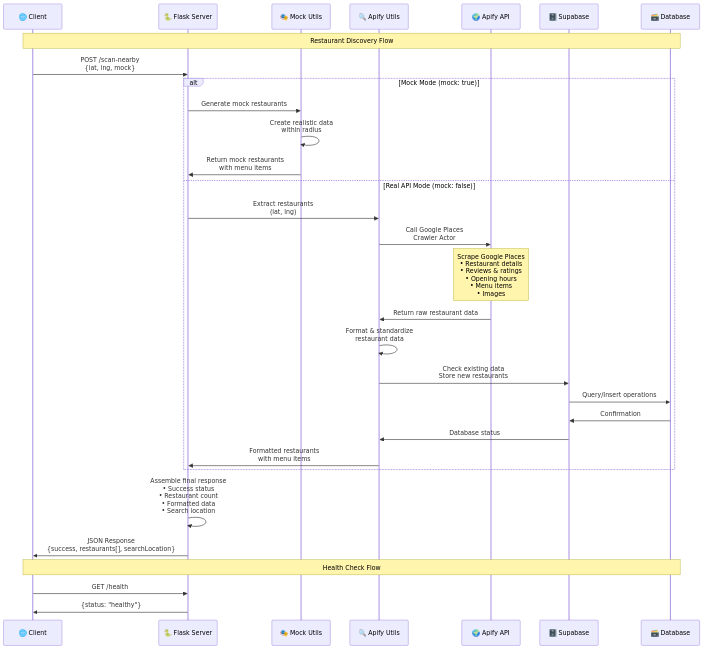
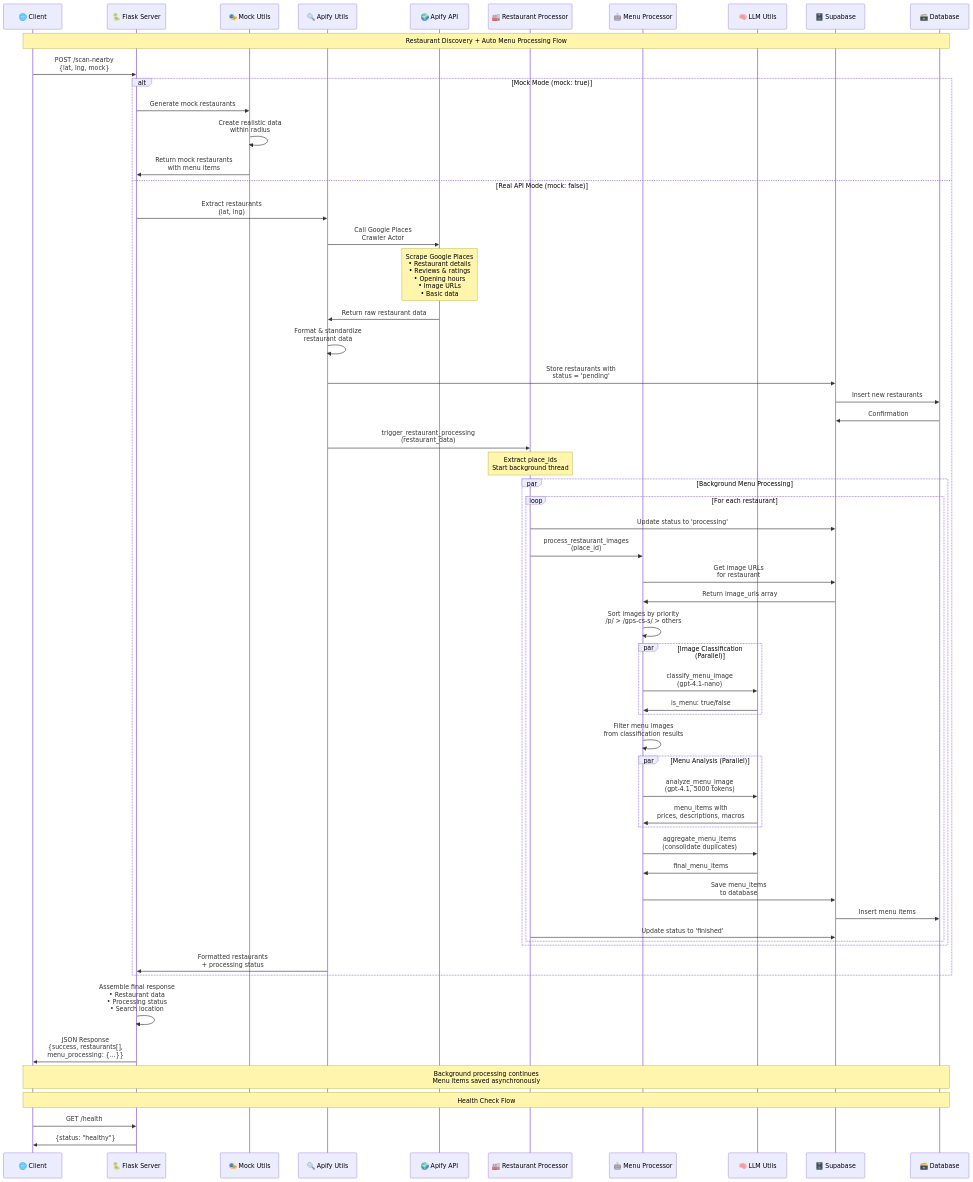
Before and after one commit to clsandoval/macromap: the second of 4 diagrams in macromaps-backend/README.md, drawn with Mermaid. The commit also changed other lines of this file and 5 other files, not shown here.

Commit message:
add restaurant processing task, update supabase tables and readme

````diff
--- a/macromaps-backend/README.md
+++ b/macromaps-backend/README.md
@@ -107,39 +126,79 @@
 ```mermaid
 sequenceDiagram
     participant C as 🌐 Client
     participant F as 🐍 Flask Server
     participant M as 🎭 Mock Utils
     participant A as 🔍 Apify Utils
     participant API as 🌍 Apify API
+    participant RP as 🏭 Restaurant Processor
+    participant MP as 🤖 Menu Processor
+    participant LLM as 🧠 LLM Utils
     participant S as 🗄️ Supabase
     participant DB as 🗃️ Database
     
-    Note over C,DB: Restaurant Discovery Flow
+    Note over C,DB: Restaurant Discovery + Auto Menu Processing Flow
     
     C->>F: POST /scan-nearby<br/>{lat, lng, mock}
     
     alt Mock Mode (mock: true)
         F->>M: Generate mock restaurants
         M->>M: Create realistic data<br/>within radius
         M->>F: Return mock restaurants<br/>with menu items
     else Real API Mode (mock: false)
         F->>A: Extract restaurants<br/>(lat, lng)
         A->>API: Call Google Places<br/>Crawler Actor
-        Note over API: Scrape Google Places<br/>• Restaurant details<br/>• Reviews & ratings<br/>• Opening hours<br/>• Menu items<br/>• Images
+        Note over API: Scrape Google Places<br/>• Restaurant details<br/>• Reviews & ratings<br/>• Opening hours<br/>• Image URLs<br/>• Basic data
         API->>A: Return raw restaurant data
         A->>A: Format & standardize<br/>restaurant data
-        A->>S: Check existing data<br/>Store new restaurants
-        S->>DB: Query/Insert operations
+        A->>S: Store restaurants with<br/>status = 'pending'
+        S->>DB: Insert new restaurants
         DB->>S: Confirmation
-        S->>A: Database status
-        A->>F: Formatted restaurants<br/>with menu items
+        
+        %% Trigger background processing
+        A->>RP: trigger_restaurant_processing<br/>(restaurant_data)
+        Note over RP: Extract place_ids<br/>Start background thread
+        
+        par Background Menu Processing
+            loop For each restaurant
+                RP->>S: Update status to 'processing'
+                RP->>MP: process_restaurant_images<br/>(place_id)
+                
+                MP->>S: Get image URLs<br/>for restaurant
+                S->>MP: Return image_urls array
+                
+                MP->>MP: Sort images by priority<br/>/p/ > /gps-cs-s/ > others
+                
+                par Image Classification (Parallel)
+                    MP->>LLM: classify_menu_image<br/>(gpt-4.1-nano)
+                    LLM->>MP: is_menu: true/false
+                end
+                
+                MP->>MP: Filter menu images<br/>from classification results
+                
+                par Menu Analysis (Parallel)
+                    MP->>LLM: analyze_menu_image<br/>(gpt-4.1, 5000 tokens)
+                    LLM->>MP: menu_items with<br/>prices, descriptions, macros
+                end
+                
+                MP->>LLM: aggregate_menu_items<br/>(consolidate duplicates)
+                LLM->>MP: final_menu_items
+                
+                MP->>S: Save menu_items<br/>to database
+                S->>DB: Insert menu items
+                RP->>S: Update status to 'finished'
+            end
+        end
+        
+        A->>F: Formatted restaurants<br/>+ processing status
     end
     
-    F->>F: Assemble final response<br/>• Success status<br/>• Restaurant count<br/>• Formatted data<br/>• Search location
+    F->>F: Assemble final response<br/>• Restaurant data<br/>• Processing status<br/>• Search location
     
-    F->>C: JSON Response<br/>{success, restaurants[], searchLocation}
+    F->>C: JSON Response<br/>{success, restaurants[],<br/>menu_processing: {...}}
+    
+    Note over C,DB: Background processing continues<br/>Menu items saved asynchronously
     
     Note over C,DB: Health Check Flow
     C->>F: GET /health
     F->>C: {status: "healthy"}
 ```
````
